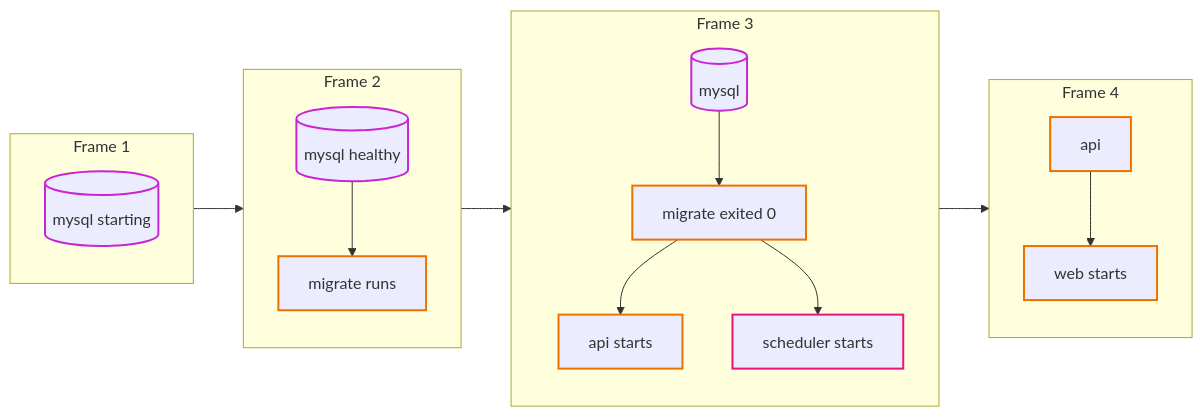
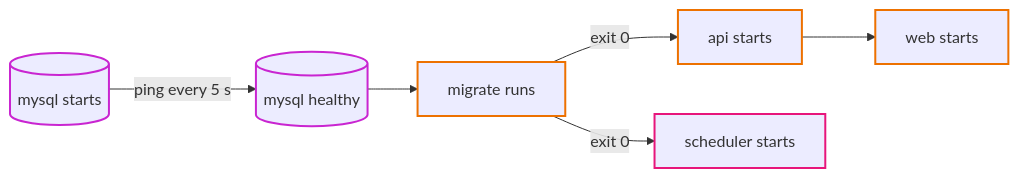
Before and after one commit to shadreza/aws-three-tier-cloud-ref-architecture: the first of 2 diagrams in docs/storybook/03-the-laptop-version.md, drawn with Mermaid. The commit also changed other lines of this file and 23 other files, not shown here.

````diff
--- a/docs/storybook/03-the-laptop-version.md
+++ b/docs/storybook/03-the-laptop-version.md
@@ -39,24 +39,14 @@
 ```mermaid
 flowchart LR
-    subgraph f1["Frame 1"]
-        m1[("mysql starting")]
-    end
-    subgraph f2["Frame 2"]
-        m2[("mysql healthy")] --> g2["migrate runs"]
-    end
-    subgraph f3["Frame 3"]
-        m3[("mysql")] --> g3["migrate exited 0"]
-        g3 --> a3["api starts"]
-        g3 --> s3["scheduler starts"]
-    end
-    subgraph f4["Frame 4"]
-        a4["api"] --> w4["web starts"]
-    end
-    f1 --> f2 --> f3 --> f4
+    m1[("mysql starts")] -- "ping every 5 s" --> m2[("mysql healthy")]
+    m2 --> g["migrate runs"]
+    g -- "exit 0" --> a["api starts"]
+    g -- "exit 0" --> s["scheduler starts"]
+    a --> w["web starts"]
     classDef compute stroke:#ED7100,stroke-width:2px
     classDef jobs stroke:#E7157B,stroke-width:2px
     classDef database stroke:#C925D1,stroke-width:2px
-    class m1,m2,m3 database
-    class g2,g3,a3,a4,w4 compute
-    class s3 jobs
+    class m1,m2 database
+    class g,a,w compute
+    class s jobs
 ```
````
